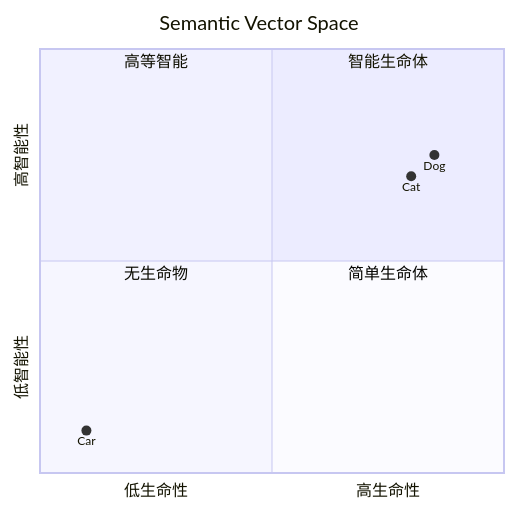
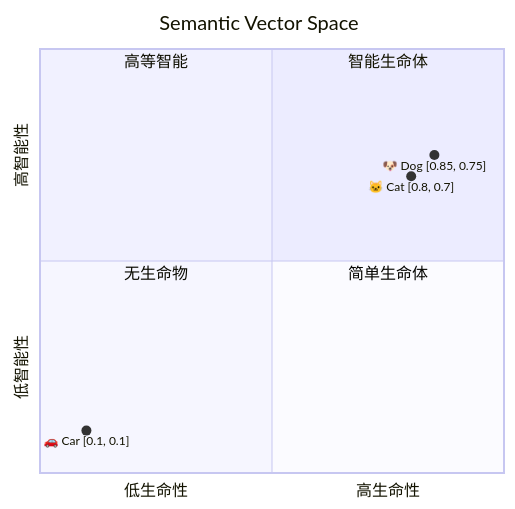
One commit to ThreeFish-AI/agentic-ai-cognizes changed the second of 42 diagrams in docs/research/003-vector-search-algorithm.md. Above: the diagram before and after it, drawn with Mermaid. The commit also changed other lines of this file, not shown here.

First line of the commit message:
docs(Research): 完善 Mermaid 图表样式与主题配置;

````diff
--- a/docs/research/003-vector-search-algorithm.md
+++ b/docs/research/003-vector-search-algorithm.md
@@ -113,13 +113,13 @@
 ```mermaid
 quadrantChart
     title Semantic Vector Space
     x-axis "低生命性" --> "高生命性"
     y-axis "低智能性" --> "高智能性"
     quadrant-1 "智能生命体"
     quadrant-2 "高等智能"
     quadrant-3 "无生命物"
     quadrant-4 "简单生命体"
-    Cat: [0.8, 0.7]
-    Dog: [0.85, 0.75]
-    Car: [0.1, 0.1]
+    "🐱 Cat [0.8, 0.7]": [0.8, 0.7]
+    "🐶 Dog [0.85, 0.75]": [0.85, 0.75]
+    "🚗 Car [0.1, 0.1]": [0.1, 0.1]
 ```
````
